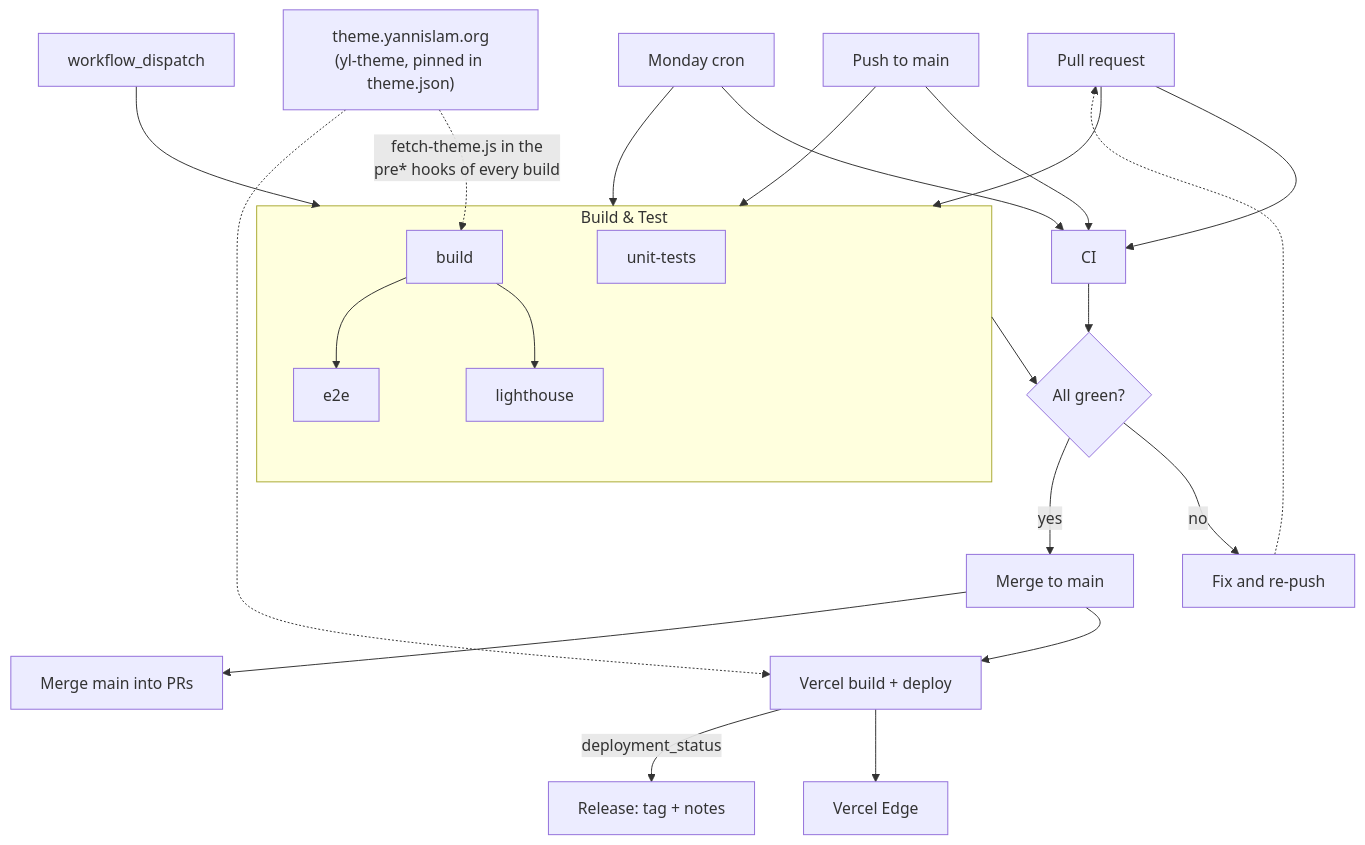
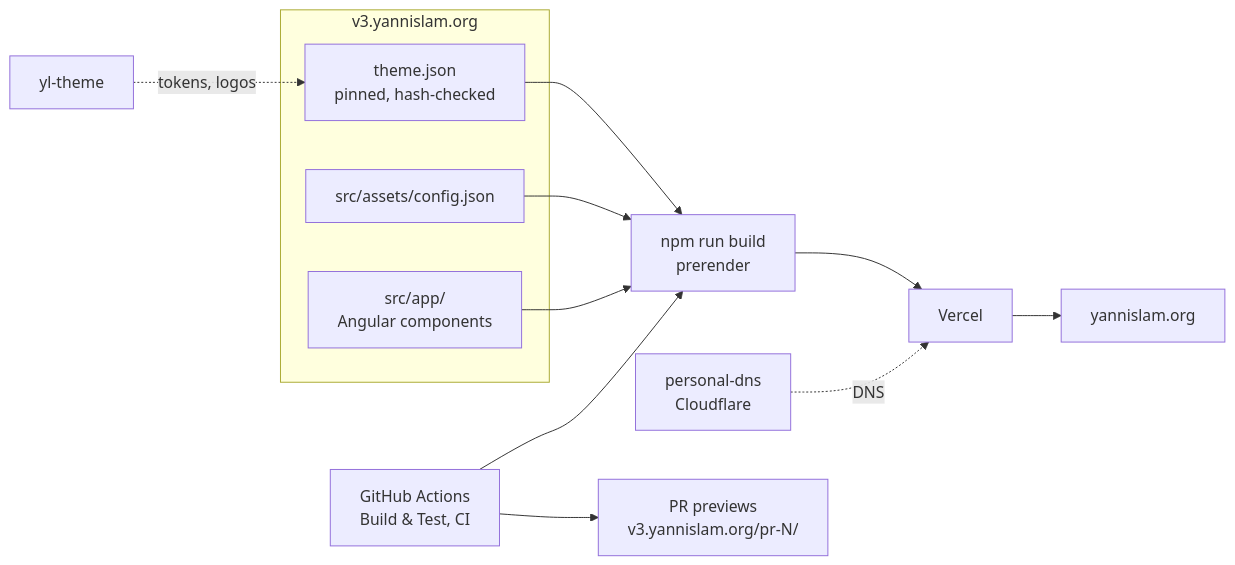
One commit to AardeYamz/v3.yannislam.org changed the diagram in README.md. Above: the diagram before and after it, drawn with Mermaid. The commit also changed other lines of this file and 10 other files, not shown here.

````diff
--- a/README.md
+++ b/README.md
@@ -310,32 +21,17 @@
 ```mermaid
-flowchart TB
-    PR["Pull request"] --> CI
-    Push["Push to main"] --> CI
-    Cron["Monday cron"] --> CI
-    Manual["workflow_dispatch"] --> CI
-
-    subgraph CI["Build & Test"]
-        Unit["unit-tests"]
-        Build["build"]
-        Lighthouse["lighthouse"]
-        E2E["e2e"]
-        Build --> Lighthouse & E2E
+flowchart LR
+    subgraph repo["v3.yannislam.org"]
+        cfg["src/assets/config.json"]
+        app["src/app/<br/>Angular components"]
+        pin["theme.json<br/>pinned, hash-checked"]
     end
-
-    PR --> Checks["CI"]
-    Push --> Checks
-    Cron --> Checks
-
-    CI & Checks --> Gate{"All green?"}
-    Gate -->|"no"| Fix["Fix and re-push"]
-    Fix -.-> PR
-    Gate -->|"yes"| Merge["Merge to main"]
-
-    ThemeHost["theme.yannislam.org<br/>(yl-theme, pinned in theme.json)"] -.->|"fetch-theme.js in the<br/>pre* hooks of every build"| Build
-    ThemeHost -.-> Vercel
-
-    Merge --> Vercel["Vercel build + deploy"]
-    Vercel --> Edge["Vercel Edge"]
-    Vercel -->|"deployment_status"| Release["Release: tag + notes"]
-    Merge --> Sync["Merge main into PRs"]
+    theme["yl-theme"] -. "tokens, logos" .-> pin
+    pin --> build["npm run build<br/>prerender"]
+    cfg --> build
+    app --> build
+    ci["GitHub Actions<br/>Build & Test, CI"] --> build
+    build --> vercel["Vercel"]
+    dns["personal-dns<br/>Cloudflare"] -. "DNS" .-> vercel
+    vercel --> site["yannislam.org"]
+    ci --> previews["PR previews<br/>v3.yannislam.org/pr-N/"]
 ```
````
